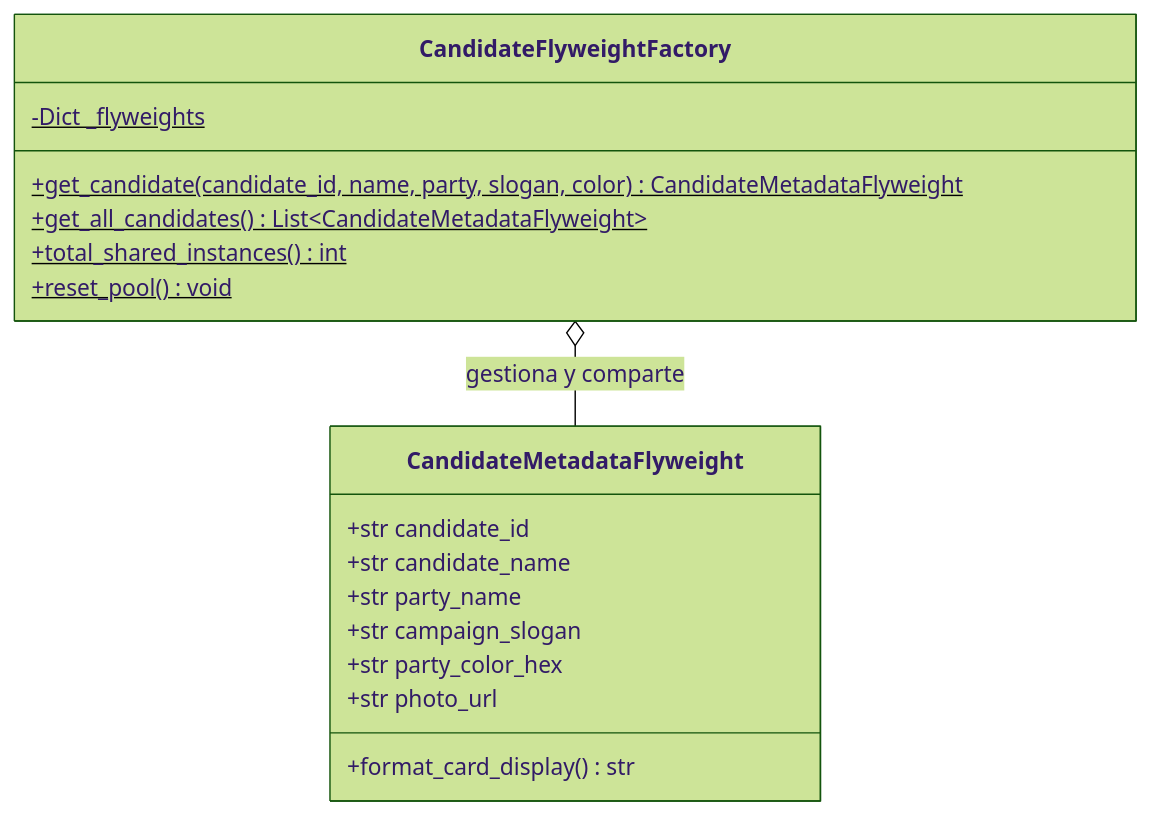
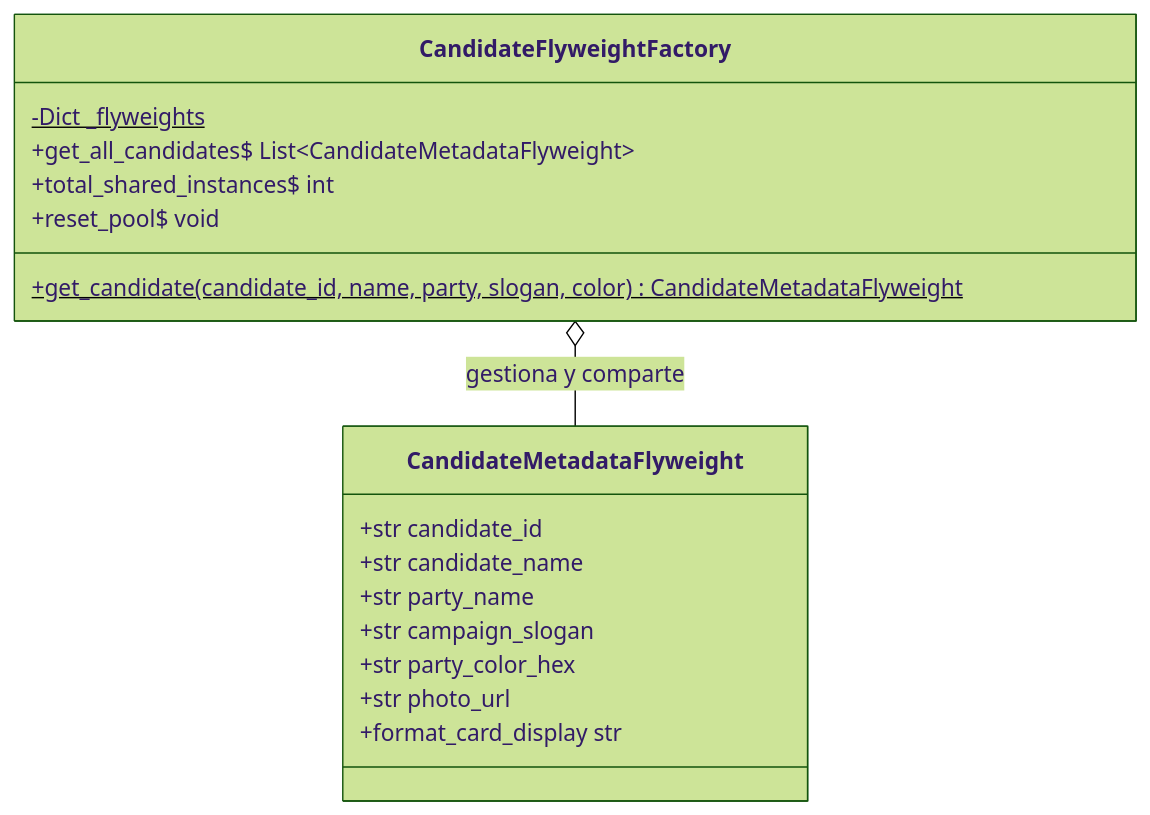
The second of 2 diagrams in avances/avance_8/patron_proxy_flyweight.md (yesidexe/pdsa194), drawn with Mermaid (forest theme) before and after one commit. The commit also changed other lines of this file and 54 other files, not shown here.

````diff
--- a/avances/avance_8/patron_proxy_flyweight.md
+++ b/avances/avance_8/patron_proxy_flyweight.md
@@ -169,26 +146,26 @@
 ```mermaid
 classDiagram
     direction TB
 
     %% Estado Intrínseco (Flyweight)
     class CandidateMetadataFlyweight {
         +str candidate_id
         +str candidate_name
         +str party_name
         +str campaign_slogan
         +str party_color_hex
         +str photo_url
-        +format_card_display() str
+        +format_card_display str
     }
 
     %% Fábrica y Almacén Común (Pool)
     class CandidateFlyweightFactory {
         -Dict _flyweights$
         +get_candidate(candidate_id, name, party, slogan, color)$ CandidateMetadataFlyweight
-        +get_all_candidates()$ List~CandidateMetadataFlyweight~
-        +total_shared_instances()$ int
-        +reset_pool()$ void
+        +get_all_candidates$ List~CandidateMetadataFlyweight~
+        +total_shared_instances$ int
+        +reset_pool$ void
     }
 
     CandidateFlyweightFactory o-- CandidateMetadataFlyweight : gestiona y comparte
 ```
````
